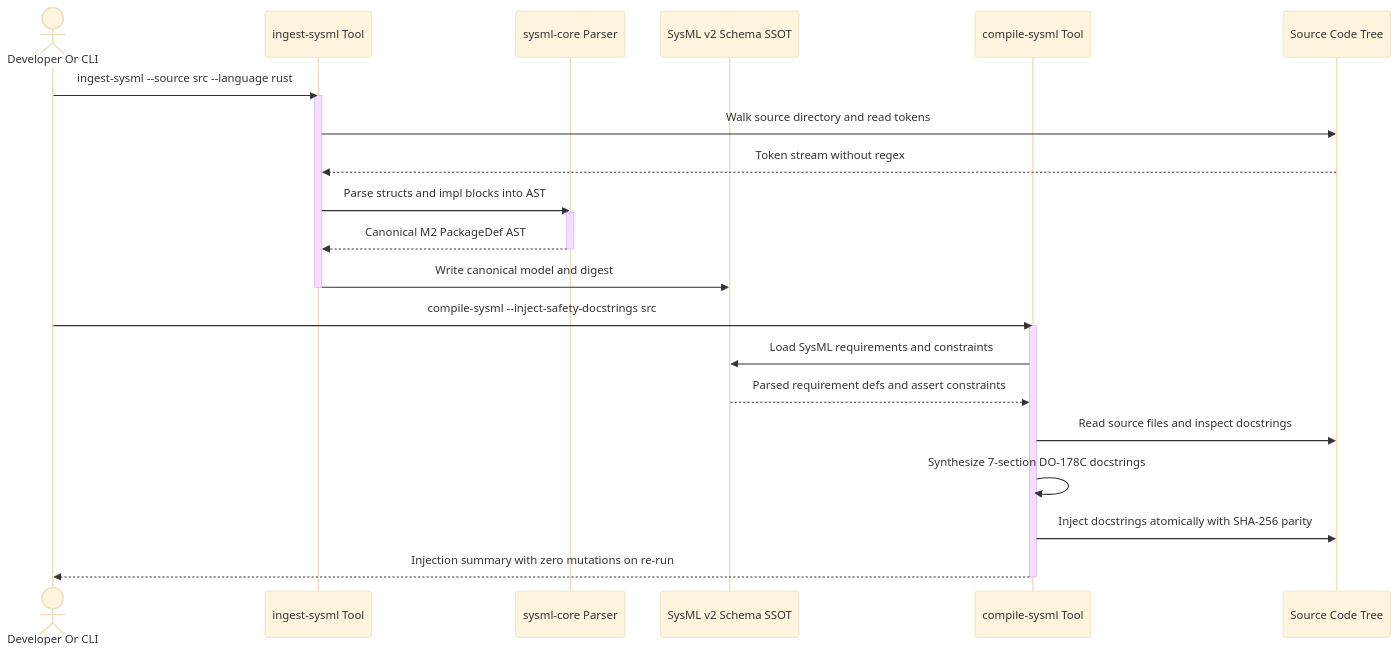
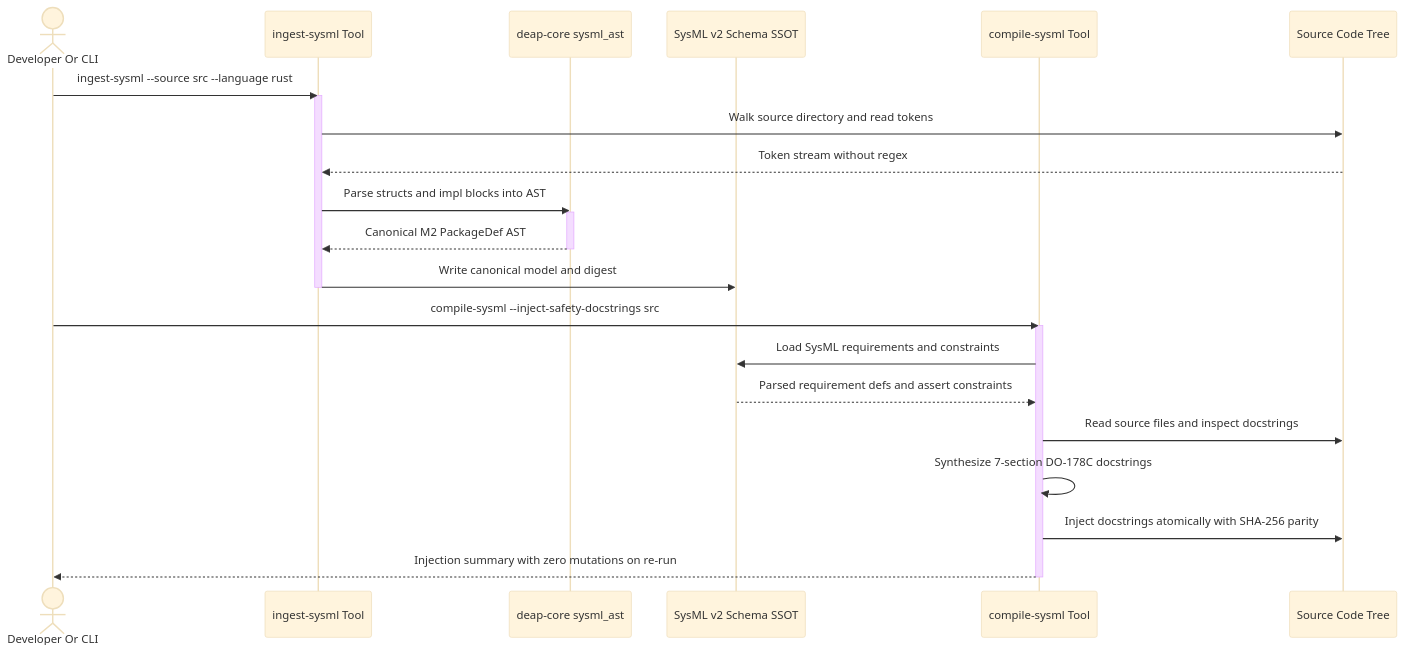
Before and after one commit to gintatkinson/DEAP01-spec-core: the second of 2 diagrams in docs/designs/FEAT-42_source_code_ast_ingestion_and_docstring_synthesizer.md, drawn with Mermaid (base theme). The commit also changed other lines of this file and 2 other files, not shown here.

````diff
--- a/docs/designs/FEAT-42_source_code_ast_ingestion_and_docstring_synthesizer.md
+++ b/docs/designs/FEAT-42_source_code_ast_ingestion_and_docstring_synthesizer.md
@@ -205,30 +209,30 @@
 ```mermaid
 sequenceDiagram
     actor Dev as Developer Or CLI
     participant Ingest as ingest-sysml Tool
-    participant Core as sysml-core Parser
+    participant Core as deap-core sysml_ast
     participant SSOT as SysML v2 Schema SSOT
     participant Compile as compile-sysml Tool
     participant Source as Source Code Tree
 
     Dev->>Ingest: ingest-sysml --source src --language rust
     activate Ingest
     Ingest->>Source: Walk source directory and read tokens
     Source-->>Ingest: Token stream without regex
     Ingest->>Core: Parse structs and impl blocks into AST
     activate Core
     Core-->>Ingest: Canonical M2 PackageDef AST
     deactivate Core
     Ingest->>SSOT: Write canonical model and digest
     deactivate Ingest
 
     Dev->>Compile: compile-sysml --inject-safety-docstrings src
     activate Compile
     Compile->>SSOT: Load SysML requirements and constraints
     SSOT-->>Compile: Parsed requirement defs and assert constraints
     Compile->>Source: Read source files and inspect docstrings
     Compile->>Compile: Synthesize 7-section DO-178C docstrings
     Compile->>Source: Inject docstrings atomically with SHA-256 parity
     Compile-->>Dev: Injection summary with zero mutations on re-run
     deactivate Compile
 ```
````
